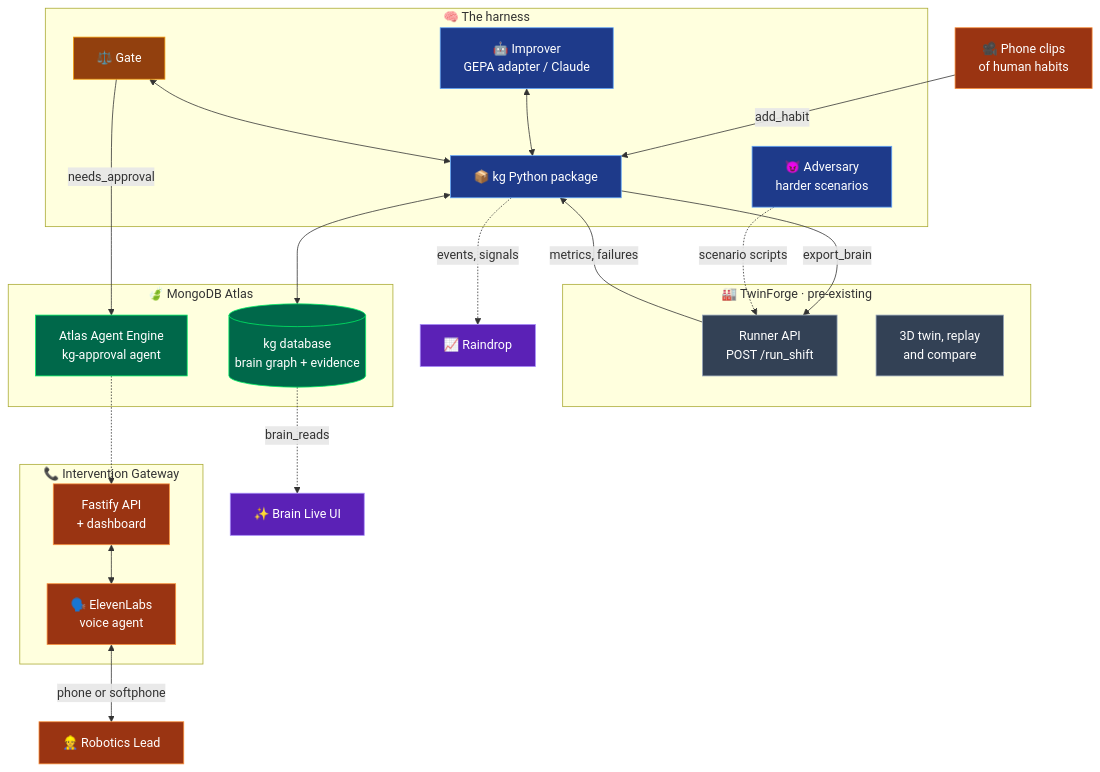
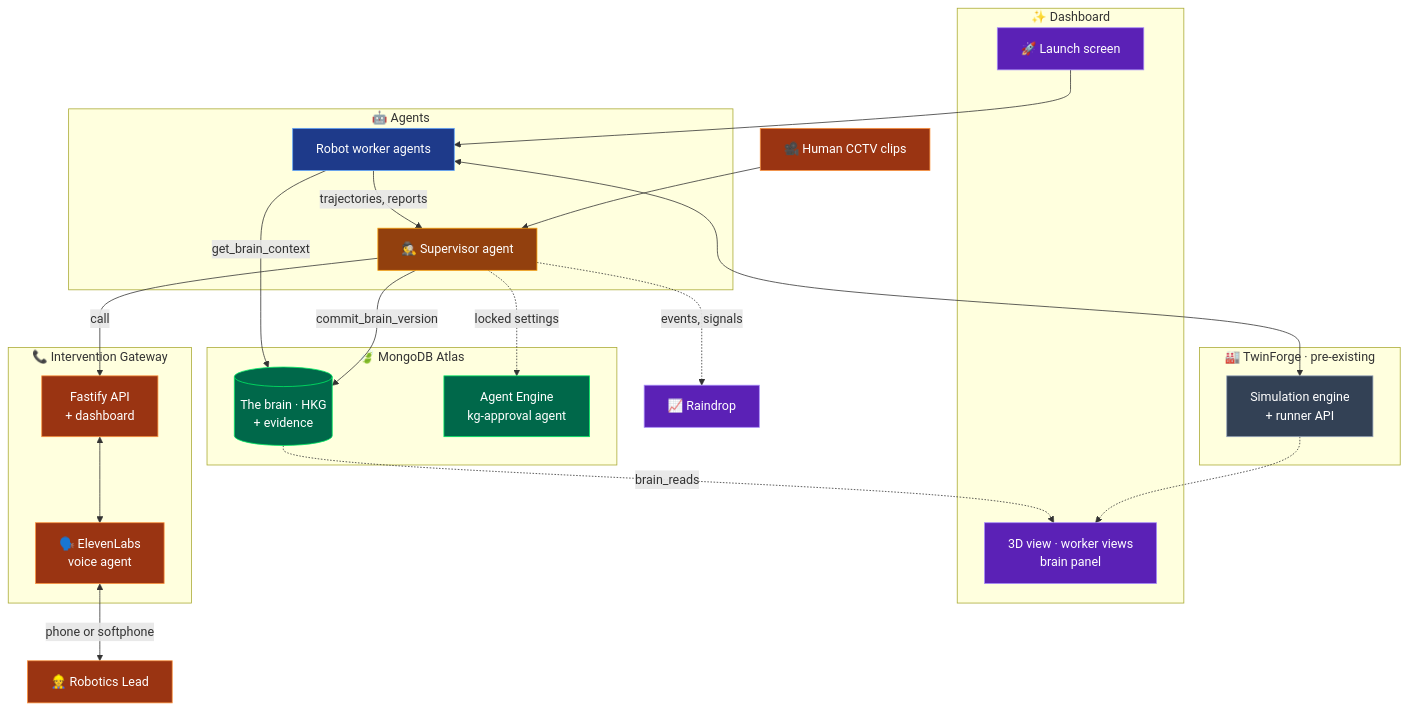
One commit to ShashwatM3/mongodb-harness-engineering-hackathon changed the tenth of 10 diagrams in README.md. Above: the diagram before and after it, drawn with Mermaid. The commit also changed other lines of this file and 1 other file, not shown here.

````diff
--- a/README.md
+++ b/README.md
@@ -475,51 +476,51 @@
 ```mermaid
 flowchart TB
-    clips["🎥 Phone clips<br/>of human habits"]:::human
+    subgraph dash["✨ Dashboard"]
+        launch["🚀 Launch screen"]:::obs
+        views["3D view · worker views<br/>brain panel"]:::obs
+    end
 
-    subgraph harness["🧠 The harness"]
-        imp["🤖 Improver<br/>GEPA adapter / Claude"]:::harness
-        kgpkg["📦 kg Python package"]:::harness
-        gate["⚖️ Gate"]:::gate
-        adv["😈 Adversary<br/>harder scenarios"]:::harness
+    subgraph agents["🤖 Agents"]
+        workers["Robot worker agents"]:::harness
+        sup["🕵️ Supervisor agent"]:::gate
     end
 
     subgraph twin["🏭 TwinForge · pre-existing"]
-        runner["Runner API<br/>POST /run_shift"]:::twin
-        ui3d["3D twin, replay<br/>and compare"]:::twin
+        engine["Simulation engine<br/>+ runner API"]:::twin
     end
 
     subgraph atlas["🍃 MongoDB Atlas"]
-        kgdb[("kg database<br/>brain graph + evidence")]:::atlas
-        ae["Atlas Agent Engine<br/>kg-approval agent"]:::atlas
+        kgdb[("The brain · HKG<br/>+ evidence")]:::atlas
+        ae["Agent Engine<br/>kg-approval agent"]:::atlas
     end
 
     subgraph voice["📞 Intervention Gateway"]
         gw["Fastify API<br/>+ dashboard"]:::human
         el["🗣️ ElevenLabs<br/>voice agent"]:::human
     end
 
+    cctv["🎥 Human CCTV clips"]:::human
     lead["👷 Robotics Lead"]:::human
     rd["📈 Raindrop"]:::obs
-    bl["✨ Brain Live UI"]:::obs
 
-    clips -->|"add_habit"| kgpkg
-    imp <--> kgpkg
-    gate <--> kgpkg
-    kgpkg <--> kgdb
-    kgpkg -->|"export_brain"| runner
-    runner -->|"metrics, failures"| kgpkg
-    adv -.->|"scenario scripts"| runner
-    gate -->|"needs_approval"| ae
-    ae -.-> gw
+    launch --> workers
+    workers <--> engine
+    workers -->|"get_brain_context"| kgdb
+    workers -->|"trajectories, reports"| sup
+    cctv --> sup
+    sup -->|"call"| gw
     gw <--> el
     el <-->|"phone or softphone"| lead
-    kgpkg -.->|"events, signals"| rd
-    kgdb -.->|"brain_reads"| bl
+    sup -->|"commit_brain_version"| kgdb
+    sup -.->|"locked settings"| ae
+    kgdb -.->|"brain_reads"| views
+    engine -.-> views
+    sup -.->|"events, signals"| rd
 
     classDef atlas fill:#00684A,stroke:#00ED64,color:#ffffff
     classDef harness fill:#1e3a8a,stroke:#60a5fa,color:#ffffff
     classDef twin fill:#334155,stroke:#94a3b8,color:#ffffff
     classDef gate fill:#92400e,stroke:#f59e0b,color:#ffffff
     classDef human fill:#9a3412,stroke:#fb923c,color:#ffffff
     classDef obs fill:#5b21b6,stroke:#a78bfa,color:#ffffff
 ```
````
